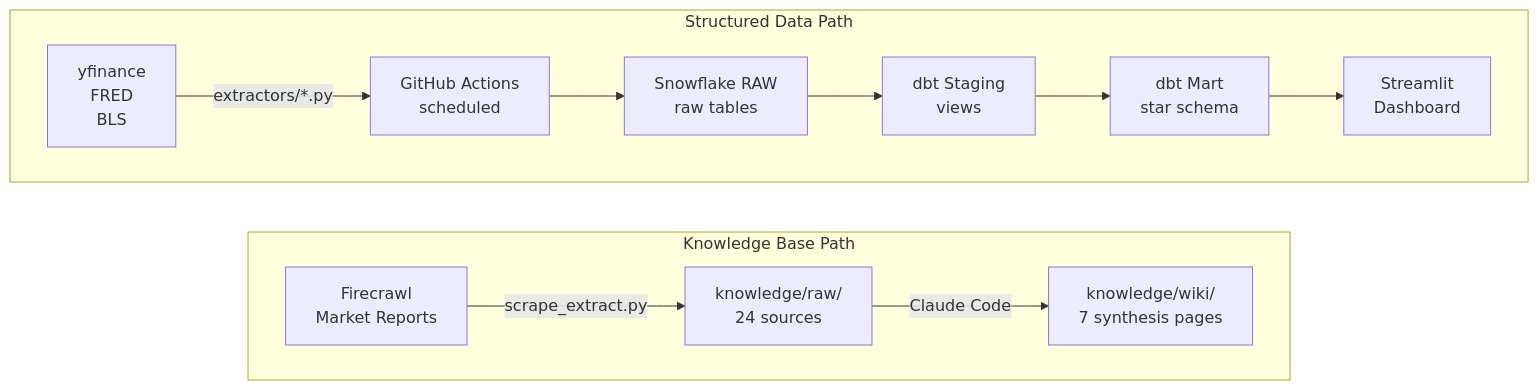
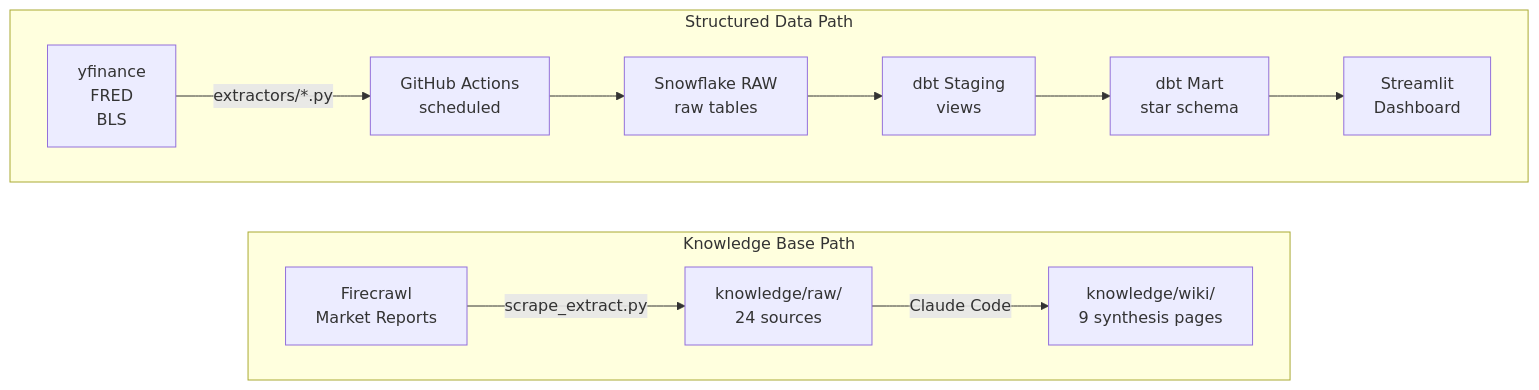
Before and after one commit to quinnmedak/operations-analyst-realestate: the first of 2 diagrams in README.md, drawn with Mermaid. The commit also changed other lines of this file, not shown here.

First line of the commit message:
docs: update README with accurate ERD, live dashboard URL, and wiki count

````diff
--- a/README.md
+++ b/README.md
@@ -29,19 +29,19 @@
 ```mermaid
 flowchart TB
     subgraph s1 [Structured Data Path]
         direction LR
         A[yfinance\nFRED\nBLS] -->|extractors/*.py| B[GitHub Actions\nscheduled]
         B --> C[Snowflake RAW\nraw tables]
         C --> D[dbt Staging\nviews]
         D --> E[dbt Mart\nstar schema]
         E --> F[Streamlit\nDashboard]
     end
 
     subgraph s2 [Knowledge Base Path]
         direction LR
         G[Firecrawl\nMarket Reports] -->|scrape_extract.py| H[knowledge/raw/\n24 sources]
-        H -->|Claude Code| I[knowledge/wiki/\n7 synthesis pages]
+        H -->|Claude Code| I[knowledge/wiki/\n9 synthesis pages]
     end
 
     s1 ~~~ s2
 ```
````
